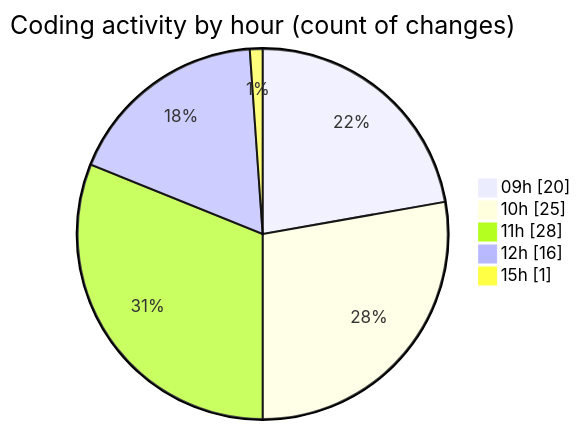
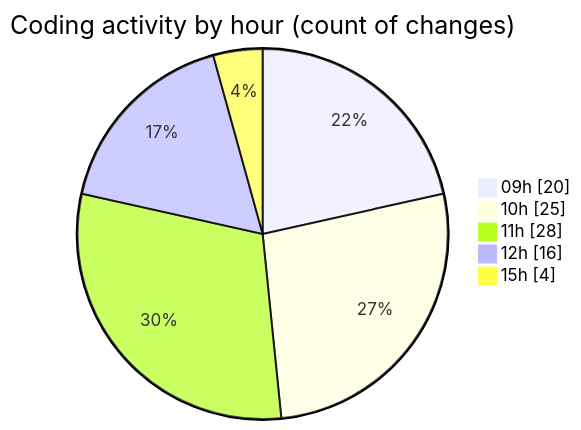
Before and after one commit to momahboobian/code-tracking: the second of 2 diagrams in 2026-05-13/cda/README.md, drawn with Mermaid. The commit also changed other lines of this file and 1 other file, not shown here.

````diff
--- a/2026-05-13/cda/README.md
+++ b/2026-05-13/cda/README.md
@@ -37,9 +39,9 @@
 ```mermaid
 pie showData
 title Coding activity by hour (count of changes)
 "09h" : 20
 "10h" : 25
 "11h" : 28
 "12h" : 16
-"15h" : 1
+"15h" : 4
 ```
````
